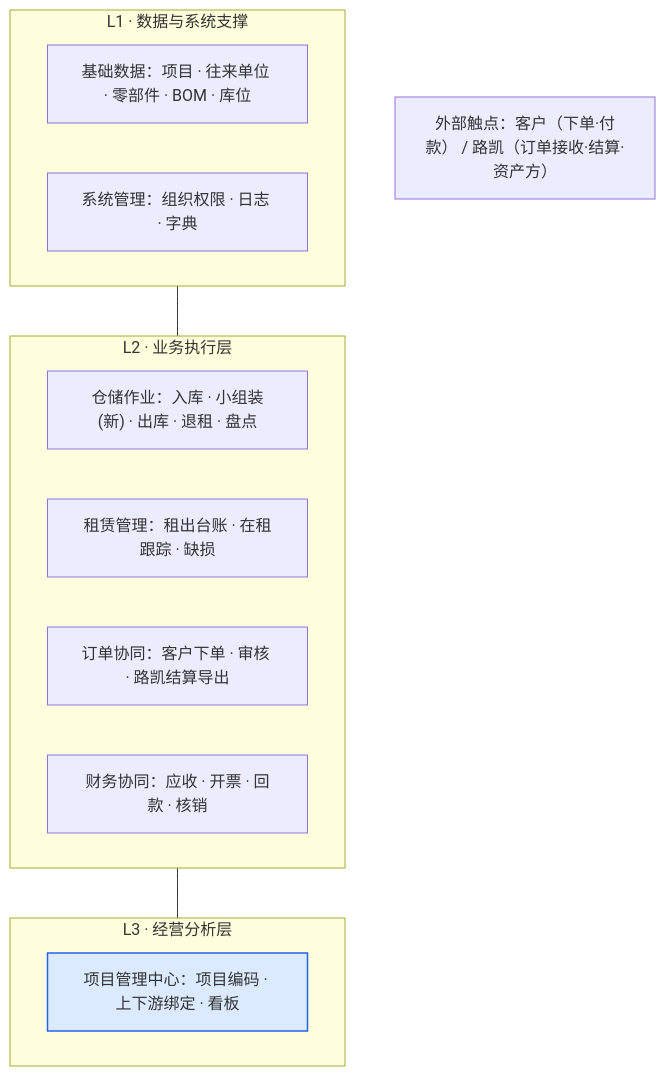
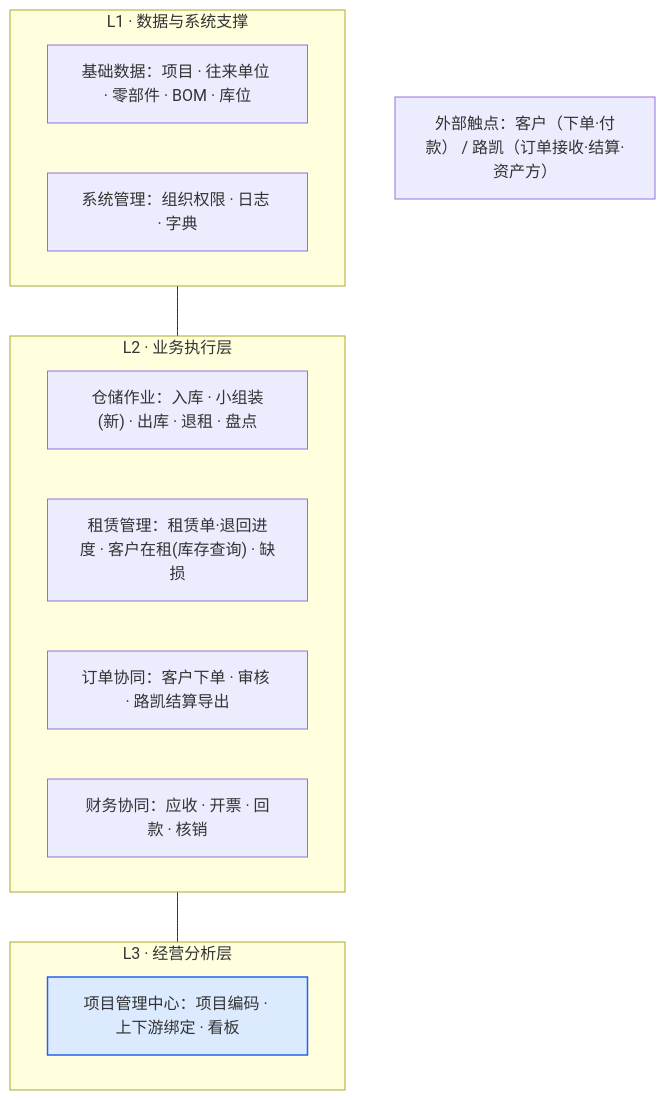
One commit to lyuxiaohei/auto-parts-rental changed the fifth of 5 diagrams in P1-R01-需求梳理与功能框架.md. Above: the diagram before and after it, drawn with Mermaid. The commit also changed other lines of this file and 56 other files, not shown here.

````diff
--- a/P1-R01-需求梳理与功能框架.md
+++ b/P1-R01-需求梳理与功能框架.md
@@ -335,19 +335,19 @@
 ```mermaid
 flowchart TB
   subgraph L3["L3 · 经营分析层"]
     PMC["项目管理中心：项目编码 · 上下游绑定 · 看板"]
   end
   subgraph L2["L2 · 业务执行层"]
     WH["仓储作业：入库 · 小组装(新) · 出库 · 退租 · 盘点"]
-    RENT["租赁管理：租出台账 · 在租跟踪 · 缺损"]
+    RENT["租赁管理：租赁单·退回进度 · 客户在租(库存查询) · 缺损"]
     ORD["订单协同：客户下单 · 审核 · 路凯结算导出"]
     FIN["财务协同：应收 · 开票 · 回款 · 核销"]
   end
   subgraph L1["L1 · 数据与系统支撑"]
     BASE["基础数据：项目 · 往来单位 · 零部件 · BOM · 库位"]
     SYS["系统管理：组织权限 · 日志 · 字典"]
   end
   EXT["外部触点：客户（下单·付款） / 路凯（订单接收·结算·资产方）"]
   L1 --- L2 --- L3
   style PMC fill:#dbeafe,stroke:#2563eb,stroke-width:1.5px
 ```
````
